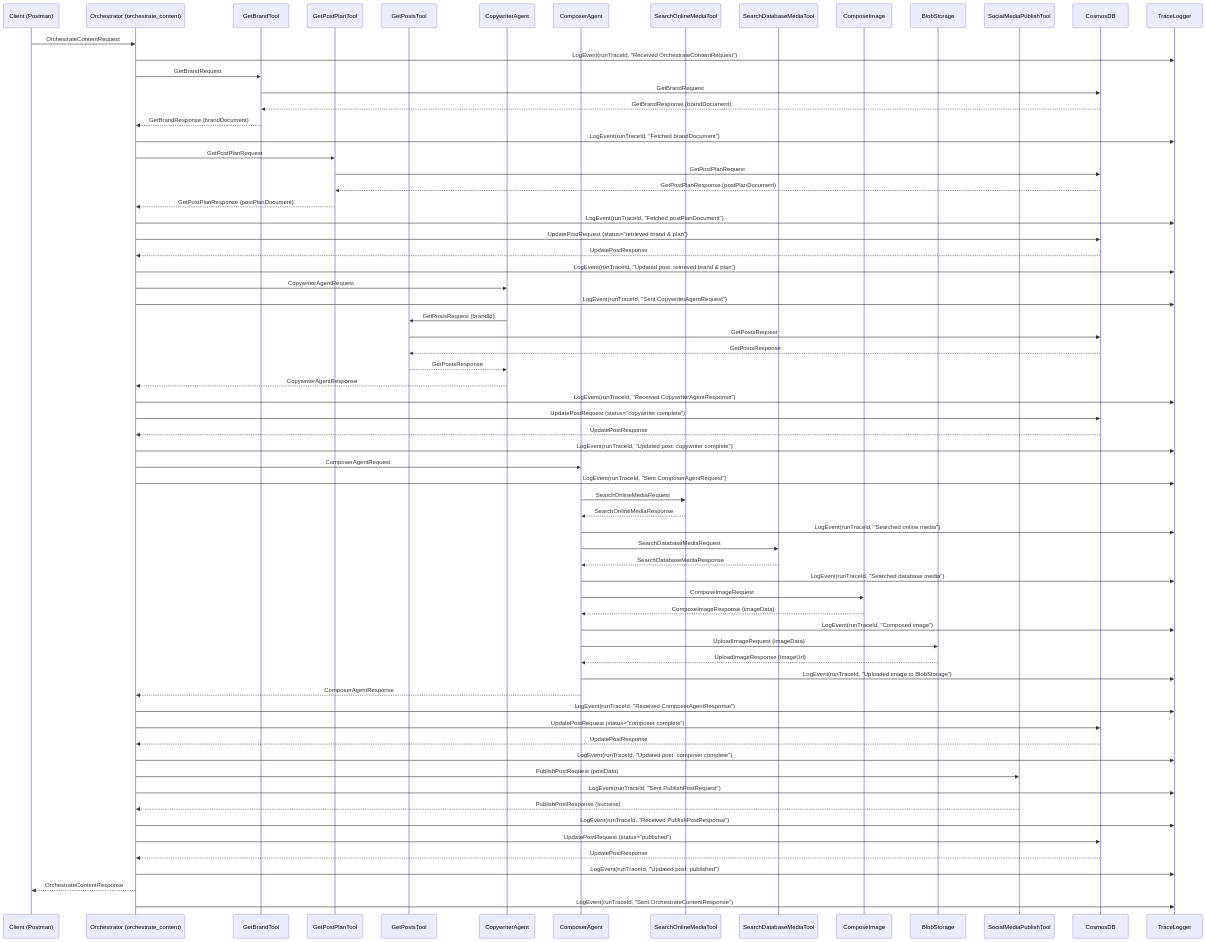
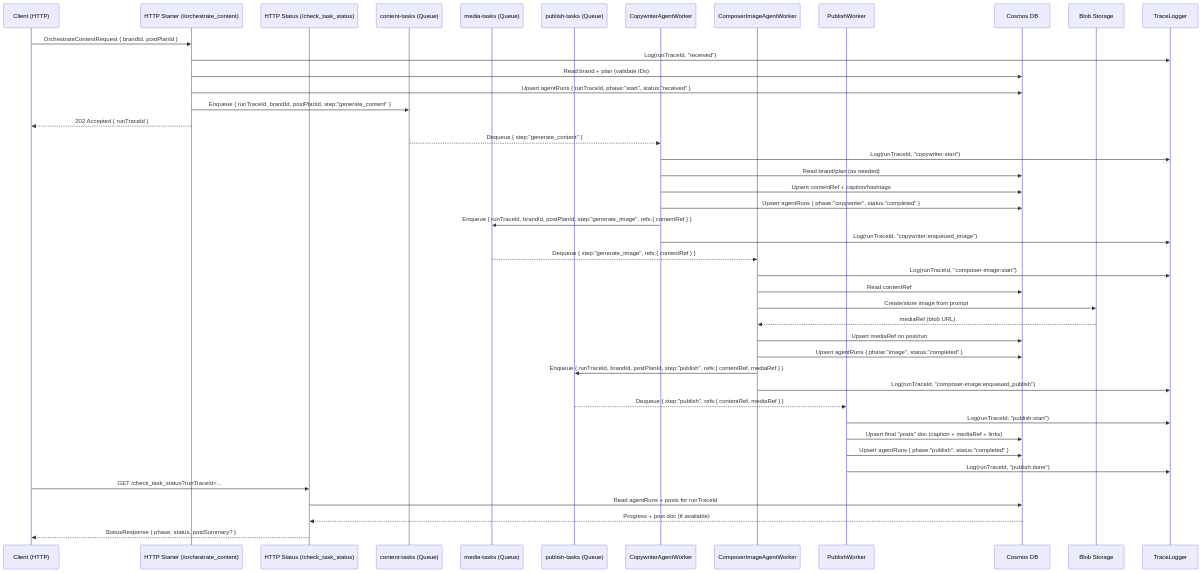
One commit to 1084-Ventures/autogensocial-agent changed the diagram in diagrams/autogensocial_http_sequence.mmd. Above: the diagram before and after it, drawn with Mermaid. The commit also changed 40 other files, not shown here.

```diff
--- a/diagrams/autogensocial_http_sequence.mmd
+++ b/diagrams/autogensocial_http_sequence.mmd
@@ -1,75 +1,58 @@
 ---
 id: 16629962-bb60-4718-ad83-7da6c0705c9e
 ---
 
 sequenceDiagram
-	participant Client as Client (Postman)
-	participant Orchestrator as Orchestrator (orchestrate_content)
-	participant GetBrandTool as GetBrandTool
-	participant GetPostPlanTool as GetPostPlanTool
-	participant GetPostsTool as GetPostsTool
-	participant CopywriterAgent as CopywriterAgent
-	participant ComposerAgent as ComposerAgent
-	participant SearchOnlineMediaTool as SearchOnlineMediaTool
-	participant SearchDatabaseMediaTool as SearchDatabaseMediaTool
-	participant ComposeImage as ComposeImage
-	participant BlobStorage as BlobStorage
-	participant SocialMediaPublishTool as SocialMediaPublishTool
-	participant CosmosDB as CosmosDB
-	participant TraceLogger as TraceLogger
+    participant Client as Client (HTTP)
+    participant Starter as HTTP Starter (/orchestrate_content)
+    participant Status as HTTP Status (/check_task_status)
+    participant ContentQ as content-tasks (Queue)
+    participant MediaQ as media-tasks (Queue)
+    participant PublishQ as publish-tasks (Queue)
+    participant Copywriter as CopywriterAgentWorker
+    participant Composer as ComposerImageAgentWorker
+    participant Publisher as PublishWorker
+    participant Cosmos as Cosmos DB
+    participant Blob as Blob Storage
+    participant Trace as TraceLogger
 
+    %% --- Step 0: Kickoff ---
+    Client->>Starter: OrchestrateContentRequest { brandId, postPlanId }
+    Starter->>Trace: Log(runTraceId, "received")
+    Starter->>Cosmos: Read brand + plan (validate IDs)
+    Starter->>Cosmos: Upsert agentRuns { runTraceId, phase:"start", status:"received" }
+    Starter->>ContentQ: Enqueue { runTraceId, brandId, postPlanId, step:"generate_content" }
+    Starter-->>Client: 202 Accepted { runTraceId }
 
-	Client->>Orchestrator: OrchestrateContentRequest
-	Orchestrator->>TraceLogger: LogEvent(runTraceId, "Received OrchestrateContentRequest")
-	Orchestrator->>GetBrandTool: GetBrandRequest
-	GetBrandTool->>CosmosDB: GetBrandRequest
-	CosmosDB-->>GetBrandTool: GetBrandResponse (brandDocument)
-	GetBrandTool-->>Orchestrator: GetBrandResponse (brandDocument)
-	Orchestrator->>TraceLogger: LogEvent(runTraceId, "Fetched brandDocument")
-	Orchestrator->>GetPostPlanTool: GetPostPlanRequest
-	GetPostPlanTool->>CosmosDB: GetPostPlanRequest
-	CosmosDB-->>GetPostPlanTool: GetPostPlanResponse (postPlanDocument)
-	GetPostPlanTool-->>Orchestrator: GetPostPlanResponse (postPlanDocument)
-	Orchestrator->>TraceLogger: LogEvent(runTraceId, "Fetched postPlanDocument")
-	Orchestrator->>CosmosDB: UpdatePostRequest (status="retrieved brand & plan")
-	CosmosDB-->>Orchestrator: UpdatePostResponse
-	Orchestrator->>TraceLogger: LogEvent(runTraceId, "Updated post: retrieved brand & plan")
-	Orchestrator->>CopywriterAgent: CopywriterAgentRequest
-	Orchestrator->>TraceLogger: LogEvent(runTraceId, "Sent CopywriterAgentRequest")
-	CopywriterAgent->>GetPostsTool: GetPostsRequest (brandId)
-	GetPostsTool->>CosmosDB: GetPostsRequest
-	CosmosDB-->>GetPostsTool: GetPostsResponse
-	GetPostsTool-->>CopywriterAgent: GetPostsResponse
-	CopywriterAgent-->>Orchestrator: CopywriterAgentResponse
-	Orchestrator->>TraceLogger: LogEvent(runTraceId, "Received CopywriterAgentResponse")
-	Orchestrator->>CosmosDB: UpdatePostRequest (status="copywriter complete")
-	CosmosDB-->>Orchestrator: UpdatePostResponse
-	Orchestrator->>TraceLogger: LogEvent(runTraceId, "Updated post: copywriter complete")
-	Orchestrator->>ComposerAgent: ComposerAgentRequest
-	Orchestrator->>TraceLogger: LogEvent(runTraceId, "Sent ComposerAgentRequest")
-	ComposerAgent->>SearchOnlineMediaTool: SearchOnlineMediaRequest
-	SearchOnlineMediaTool-->>ComposerAgent: SearchOnlineMediaResponse
-	ComposerAgent->>TraceLogger: LogEvent(runTraceId, "Searched online media")
-	ComposerAgent->>SearchDatabaseMediaTool: SearchDatabaseMediaRequest
-	SearchDatabaseMediaTool-->>ComposerAgent: SearchDatabaseMediaResponse
-	ComposerAgent->>TraceLogger: LogEvent(runTraceId, "Searched database media")
-	ComposerAgent->>ComposeImage: ComposeImageRequest
-	ComposeImage-->>ComposerAgent: ComposeImageResponse (imageData)
-	ComposerAgent->>TraceLogger: LogEvent(runTraceId, "Composed image")
-	ComposerAgent->>BlobStorage: UploadImageRequest (imageData)
-	BlobStorage-->>ComposerAgent: UploadImageResponse (imageUrl)
-	ComposerAgent->>TraceLogger: LogEvent(runTraceId, "Uploaded image to BlobStorage")
-	ComposerAgent-->>Orchestrator: ComposerAgentResponse
-	Orchestrator->>TraceLogger: LogEvent(runTraceId, "Received ComposerAgentResponse")
-	Orchestrator->>CosmosDB: UpdatePostRequest (status="composer complete")
-	CosmosDB-->>Orchestrator: UpdatePostResponse
-	Orchestrator->>TraceLogger: LogEvent(runTraceId, "Updated post: composer complete")
-	Orchestrator->>SocialMediaPublishTool: PublishPostRequest (postData)
-	Orchestrator->>TraceLogger: LogEvent(runTraceId, "Sent PublishPostRequest")
-	SocialMediaPublishTool-->>Orchestrator: PublishPostResponse (success)
-	Orchestrator->>TraceLogger: LogEvent(runTraceId, "Received PublishPostResponse")
-	Orchestrator->>CosmosDB: UpdatePostRequest (status="published")
-	CosmosDB-->>Orchestrator: UpdatePostResponse
-	Orchestrator->>TraceLogger: LogEvent(runTraceId, "Updated post: published")
-	Orchestrator-->>Client: OrchestrateContentResponse
-	Orchestrator->>TraceLogger: LogEvent(runTraceId, "Sent OrchestrateContentResponse")
+    %% --- Step 1: Copywriter ---
+    ContentQ-->>Copywriter: Dequeue { step:"generate_content" }
+    Copywriter->>Trace: Log(runTraceId, "copywriter:start")
+    Copywriter->>Cosmos: Read brand/plan (as needed)
+    Copywriter->>Cosmos: Upsert contentRef + caption/hashtags
+    Copywriter->>Cosmos: Upsert agentRuns { phase:"copywriter", status:"completed" }
+    Copywriter->>MediaQ: Enqueue { runTraceId, brandId, postPlanId, step:"generate_image", refs:{ contentRef } }
+    Copywriter->>Trace: Log(runTraceId, "copywriter:enqueued_image")
+
+    %% --- Step 2: Image Composer ---
+    MediaQ-->>Composer: Dequeue { step:"generate_image", refs:{ contentRef } }
+    Composer->>Trace: Log(runTraceId, "composer-image:start")
+    Composer->>Cosmos: Read contentRef
+    Composer->>Blob: Create/store image from prompt
+    Blob-->>Composer: mediaRef (blob URL)
+    Composer->>Cosmos: Upsert mediaRef on post/run
+    Composer->>Cosmos: Upsert agentRuns { phase:"image", status:"completed" }
+    Composer->>PublishQ: Enqueue { runTraceId, brandId, postPlanId, step:"publish", refs:{ contentRef, mediaRef } }
+    Composer->>Trace: Log(runTraceId, "composer-image:enqueued_publish")
+
+    %% --- Step 3: Publish ---
+    PublishQ-->>Publisher: Dequeue { step:"publish", refs:{ contentRef, mediaRef } }
+    Publisher->>Trace: Log(runTraceId, "publish:start")
+    Publisher->>Cosmos: Upsert final "posts" doc (caption + mediaRef + links)
+    Publisher->>Cosmos: Upsert agentRuns { phase:"publish", status:"completed" }
+    Publisher->>Trace: Log(runTraceId, "publish:done")
+
+    %% --- Status polling (client-driven) ---
+    Client->>Status: GET /check_task_status?runTraceId=...
+    Status->>Cosmos: Read agentRuns + posts for runTraceId
+    Cosmos-->>Status: Progress + post doc (if available)
+    Status-->>Client: StatusResponse { phase, status, postSummary? }
```
